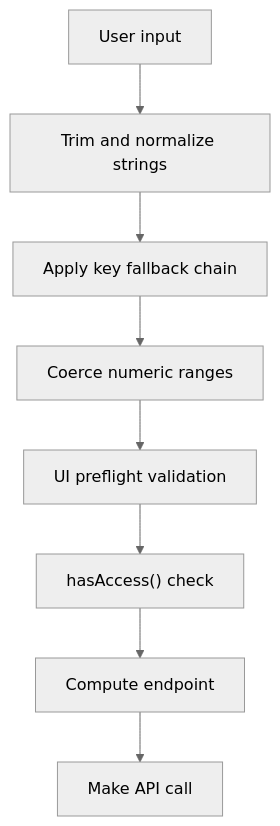
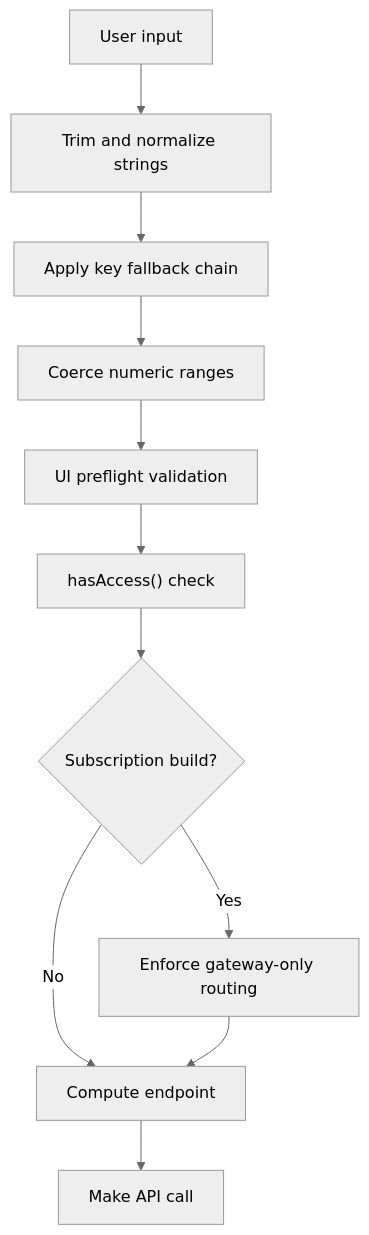
Before and after one commit to DeloYong/jev-chat-jarvis: the seventh of 9 diagrams in .qoder/repowiki/en/content/Configuration Management.md, drawn with Mermaid (neutral theme). The commit also changed other lines of this file and 66 other files, not shown here.

````diff
--- a/.qoder/repowiki/en/content/Configuration Management.md
+++ b/.qoder/repowiki/en/content/Configuration Management.md
@@ -341,10 +404,13 @@
 ```mermaid
 flowchart TD
 Input["User input"] --> Normalize["Trim and normalize strings"]
 Normalize --> Fallback["Apply key fallback chain"]
 Fallback --> Range["Coerce numeric ranges"]
 Range --> UIValidate["UI preflight validation"]
 UIValidate --> RuntimeGate["hasAccess() check"]
-RuntimeGate --> Endpoint["Compute endpoint"]
+RuntimeGate --> SubscriptionCheck{"Subscription build?"}
+SubscriptionCheck --> |Yes| EnforceGateway["Enforce gateway-only routing"]
+SubscriptionCheck --> |No| Endpoint["Compute endpoint"]
+EnforceGateway --> Endpoint
 Endpoint --> Call["Make API call"]
 ```
````
